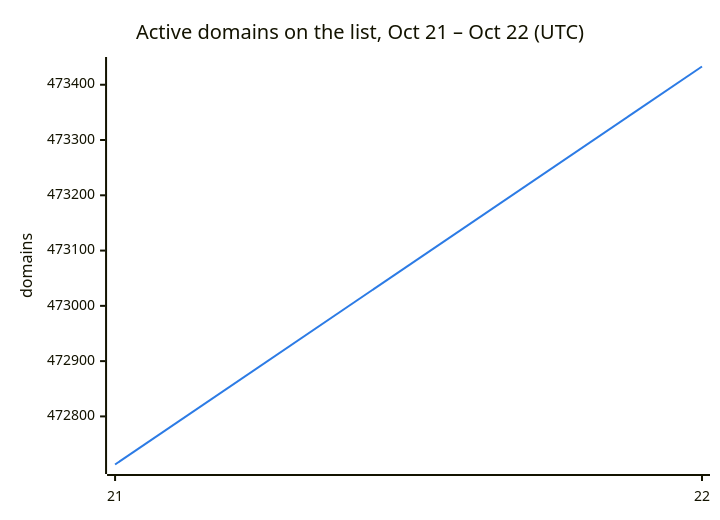
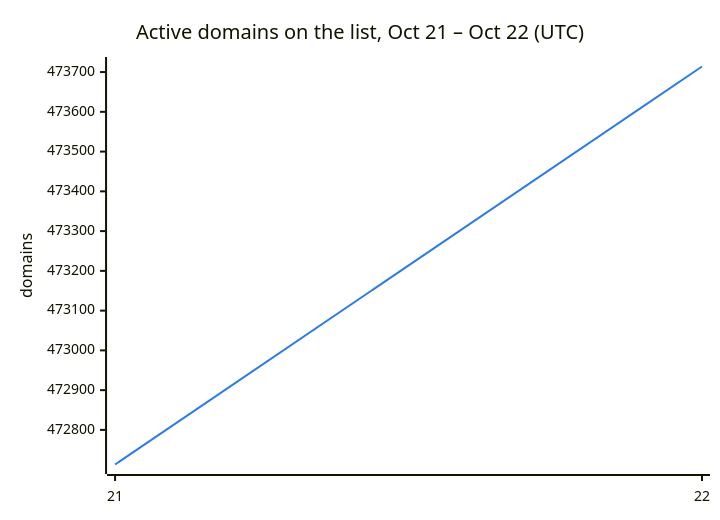
Before and after one commit to DNSBunker/CTI: the second of 3 diagrams in README.md, drawn with Mermaid. The commit also changed other lines of this file and 3 other files, not shown here.

````diff
--- a/README.md
+++ b/README.md
@@ -38,8 +38,8 @@
 ```mermaid
 %%{init: {"themeVariables": {"xyChart": {"plotColorPalette": "#2c7be5"}}}}%%
 xychart-beta
     title "Active domains on the list, Oct 21 – Oct 22 (UTC)"
     x-axis ["21", "22"]
     y-axis "domains"
-    line [472713, 473433]
+    line [472713, 473714]
 ```
````
